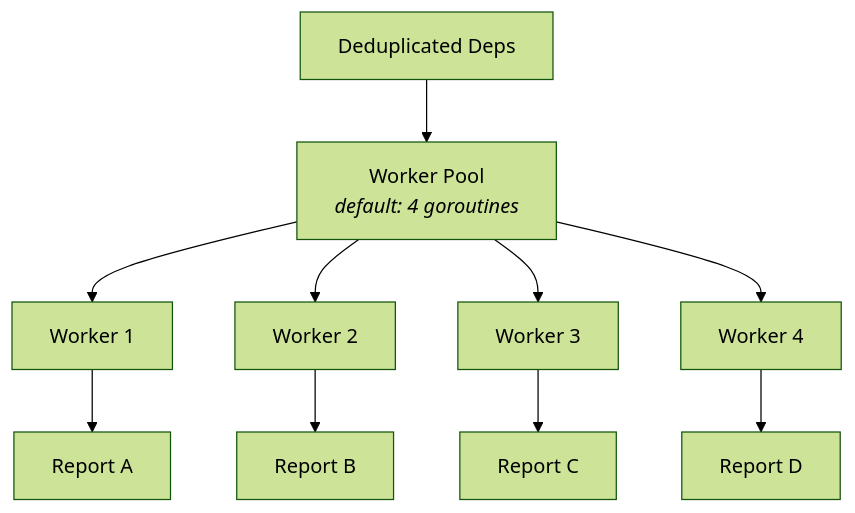
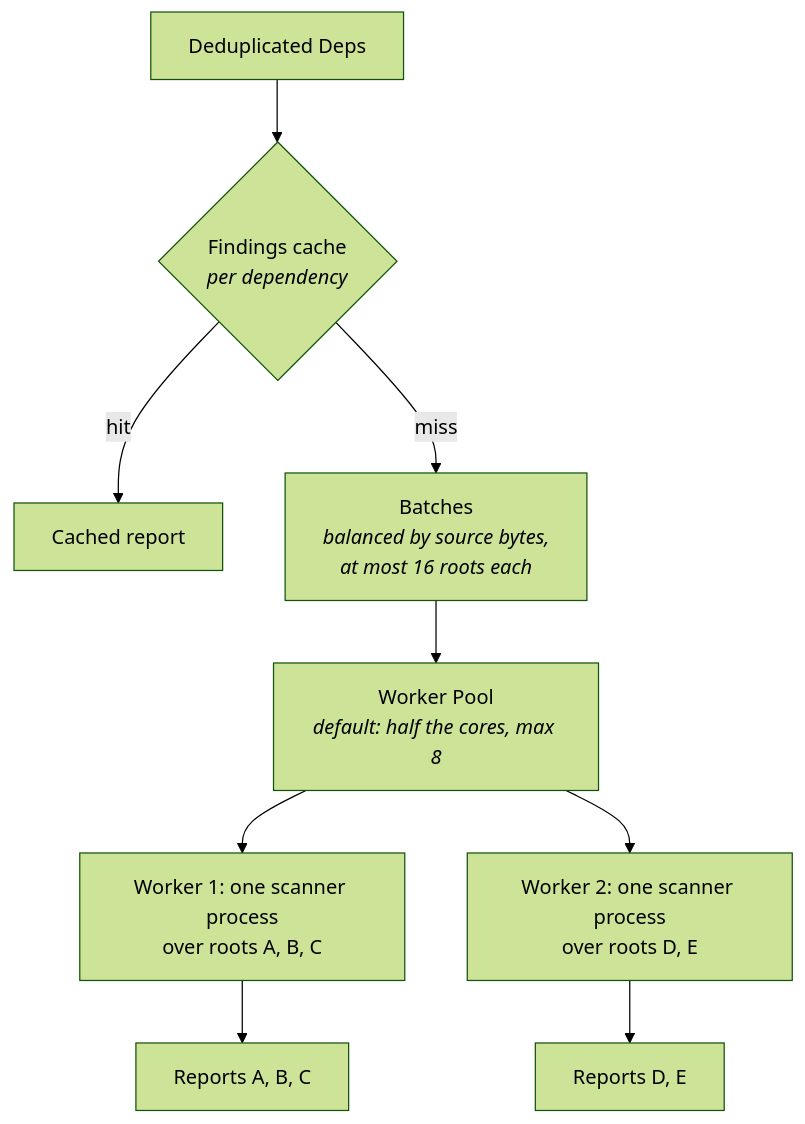
Before and after one commit to scanoss/crypto-finder: the third of 7 diagrams in docs/DEPENDENCY_SCANNING.md, drawn with Mermaid (forest theme). The commit also changed other lines of this file and 143 other files, not shown here.

````diff
--- a/docs/DEPENDENCY_SCANNING.md
+++ b/docs/DEPENDENCY_SCANNING.md
@@ -66,8 +69,9 @@
 ```mermaid
 flowchart TB
-    Work["Deduplicated Deps"] --> Pool["Worker Pool<br/><i>default: 4 goroutines</i>"]
-    Pool --> W1["Worker 1"] --> R1["Report A"]
-    Pool --> W2["Worker 2"] --> R2["Report B"]
-    Pool --> W3["Worker 3"] --> R3["Report C"]
-    Pool --> W4["Worker 4"] --> R4["Report D"]
+    Work["Deduplicated Deps"] --> Cache{"Findings cache<br/><i>per dependency</i>"}
+    Cache -->|hit| R0["Cached report"]
+    Cache -->|miss| Shape["Batches<br/><i>balanced by source bytes,<br/>at most 16 roots each</i>"]
+    Shape --> Pool["Worker Pool<br/><i>default: half the cores, max 8</i>"]
+    Pool --> W1["Worker 1: one scanner process<br/>over roots A, B, C"] --> R1["Reports A, B, C"]
+    Pool --> W2["Worker 2: one scanner process<br/>over roots D, E"] --> R2["Reports D, E"]
 ```
````
